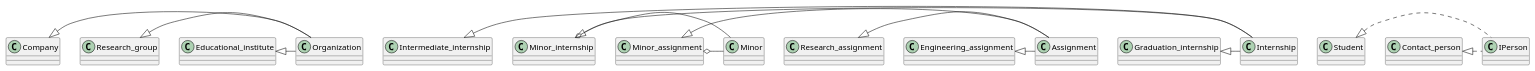
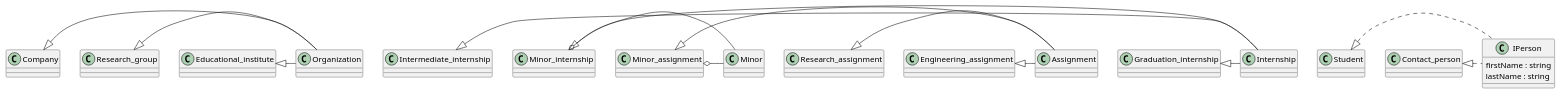
Before and after one commit to JoiningwithMattheus/Week1: the diagram in Week3/ClassDiagram.puml, drawn with PlantUML.

```diff
--- a/Week3/ClassDiagram.puml
+++ b/Week3/ClassDiagram.puml
@@ -1,79 +1,81 @@
 @startuml SIS
 
 class Organization {
 
 }
 
 class Company {
 
 }
 Company <|- Organization
 
 class Research_group{
 
 }
 Research_group <|- Organization
 
 class Educational_institute{
 
 }
 Educational_institute <|- Organization
 
 class Internship {
 
 }
 
 class Intermediate_internship {
 
 }
 Intermediate_internship <|- Internship
 
 class Minor_internship {
 
 }
 Minor_internship <|- Internship
 Minor_internship o- Minor
 
 class Graduation_internship {
 
 }
 Graduation_internship <|- Internship
 
 class Assignment {
 
 }
 
 class Research_assignment {
 
 }
 Research_assignment <|- Assignment
 
 class Minor_assignment {
 
 }
 Minor_assignment <|- Assignment
 Minor_assignment o- Minor
 
 class Engineering_assignment {
 
 }
 Engineering_assignment <|- Assignment
 
 class IPerson{
+    firstName : string
+    lastName : string
 
 }
 
 class Student {
 
 }
 Student <|. IPerson
 
 class Contact_person {
 
 }
 Contact_person <|. IPerson
 
 class Minor {
 
 }
 @enduml
```
